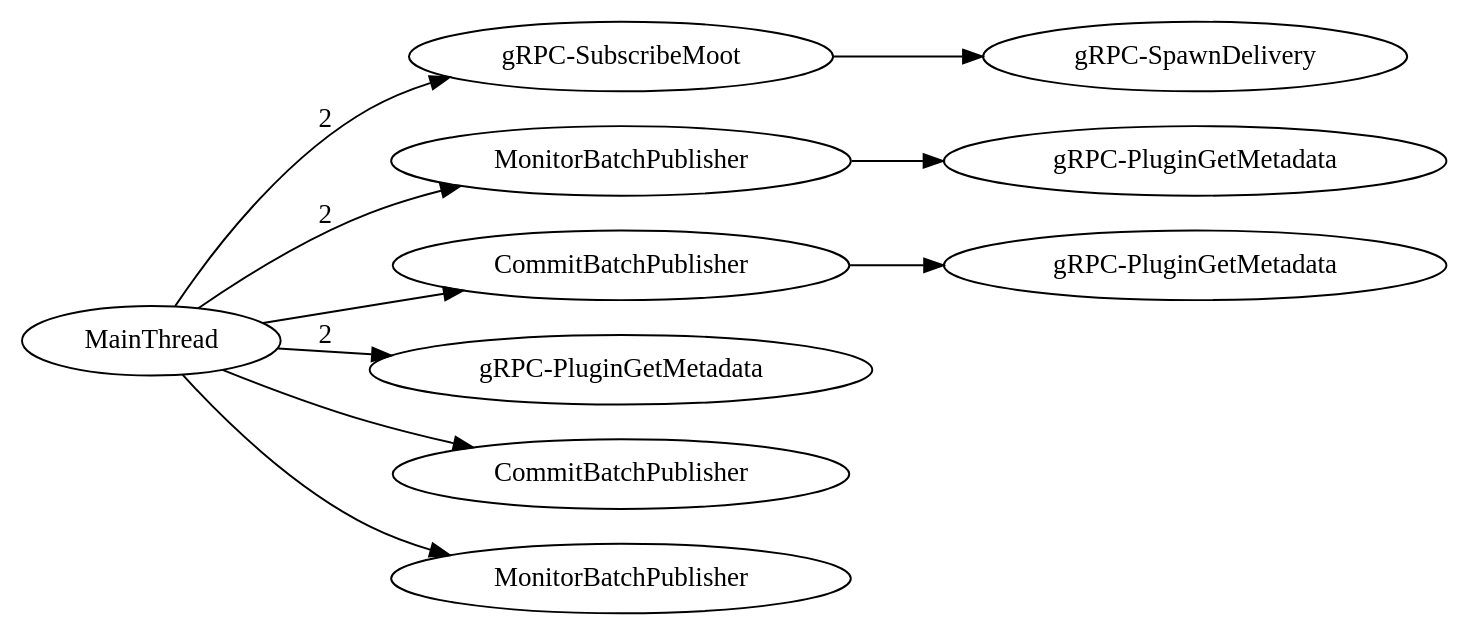
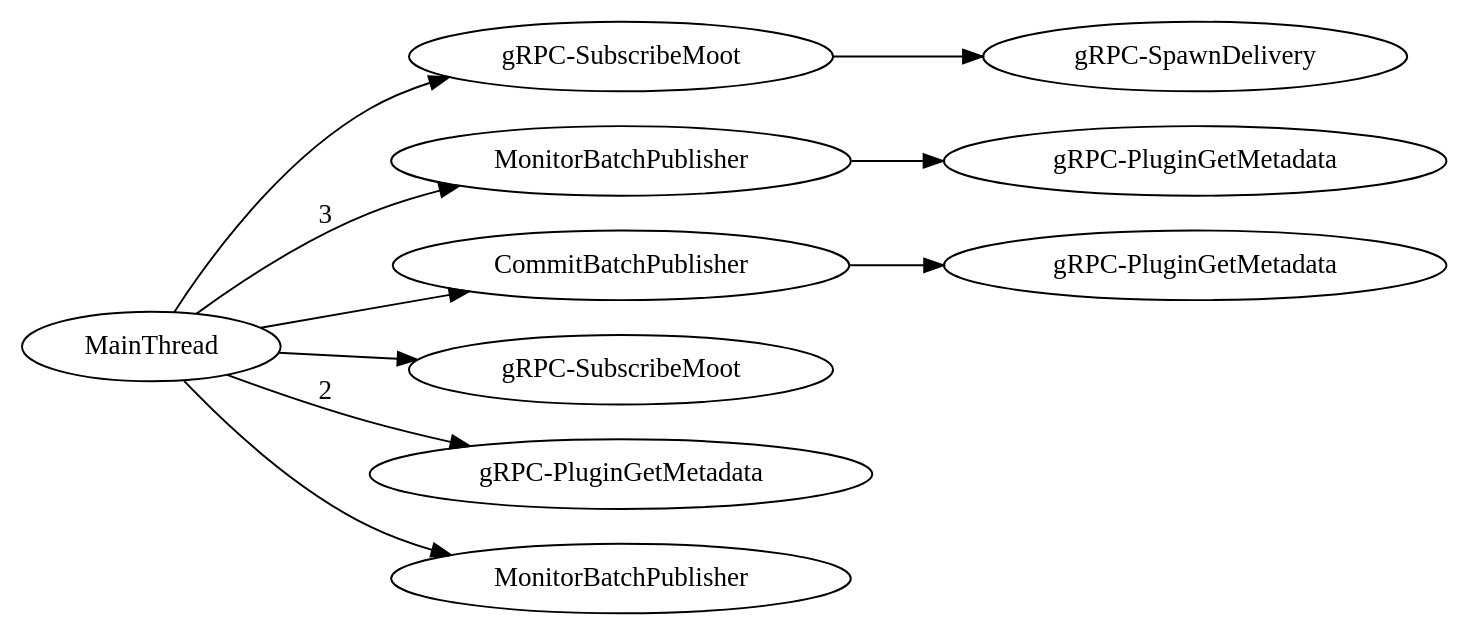
The diagram in publish-many/0.30.0.dot (dhermes/google-cloud-pubsub-performance), drawn with Graphviz before and after one commit. The commit also changed 7 other files, not shown here.

Commit message:
Add a custom batch class that can add logging for `Batch._commit`.

```diff
--- a/publish-many/0.30.0.dot
+++ b/publish-many/0.30.0.dot
@@ -1,48 +1,48 @@
 digraph G {
 rankdir=LR;
+subgraph  {
+}
+
 subgraph  {
 subgraph  {
 }
 
-"Thread-gRPC-SubscribeMoot" -> "Thread-gRPC-SpawnDelivery";
+"Thread-gRPC-SubscribeMoot+" -> "Thread-gRPC-SpawnDelivery";
 }
 
 subgraph  {
 }
 
 subgraph  {
 subgraph  {
 }
 
 "Thread-MonitorBatchPublisher" -> "Thread-gRPC-PluginGetMetadata+";
 }
 
 subgraph  {
 }
 
 subgraph  {
-}
-
-subgraph  {
 subgraph  {
 }
 
-"Thread-CommitBatchPublisher+" -> "Thread-gRPC-PluginGetMetadata+++";
+"Thread-CommitBatchPublisher" -> "Thread-gRPC-PluginGetMetadata++";
 }
 
-MainThread -> "Thread-gRPC-SubscribeMoot"  [label=2];
+MainThread -> "Thread-gRPC-SubscribeMoot";
+MainThread -> "Thread-gRPC-SubscribeMoot+";
 MainThread -> "Thread-gRPC-PluginGetMetadata"  [label=2];
-MainThread -> "Thread-MonitorBatchPublisher"  [label=2];
+MainThread -> "Thread-MonitorBatchPublisher"  [label=3];
+MainThread -> "Thread-MonitorBatchPublisher+";
 MainThread -> "Thread-CommitBatchPublisher";
-MainThread -> "Thread-MonitorBatchPublisher++";
-MainThread -> "Thread-CommitBatchPublisher+";
-"Thread-CommitBatchPublisher+" [label=CommitBatchPublisher];
+"Thread-gRPC-PluginGetMetadata++" [label="gRPC-PluginGetMetadata"];
+"Thread-MonitorBatchPublisher" [label=MonitorBatchPublisher];
+"Thread-CommitBatchPublisher" [label=CommitBatchPublisher];
+"Thread-gRPC-SpawnDelivery" [label="gRPC-SpawnDelivery"];
+"Thread-gRPC-PluginGetMetadata" [label="gRPC-PluginGetMetadata"];
+"Thread-MonitorBatchPublisher+" [label=MonitorBatchPublisher];
+"Thread-gRPC-SubscribeMoot+" [label="gRPC-SubscribeMoot"];
 "Thread-gRPC-SubscribeMoot" [label="gRPC-SubscribeMoot"];
-"Thread-gRPC-SpawnDelivery" [label="gRPC-SpawnDelivery"];
 "Thread-gRPC-PluginGetMetadata+" [label="gRPC-PluginGetMetadata"];
-"Thread-gRPC-PluginGetMetadata+++" [label="gRPC-PluginGetMetadata"];
-"Thread-MonitorBatchPublisher++" [label=MonitorBatchPublisher];
-"Thread-MonitorBatchPublisher" [label=MonitorBatchPublisher];
-"Thread-gRPC-PluginGetMetadata" [label="gRPC-PluginGetMetadata"];
-"Thread-CommitBatchPublisher" [label=CommitBatchPublisher];
 }
```
